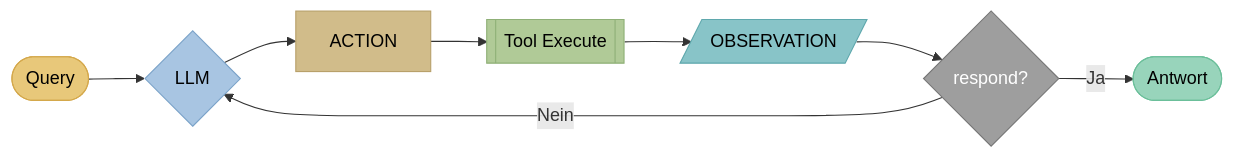
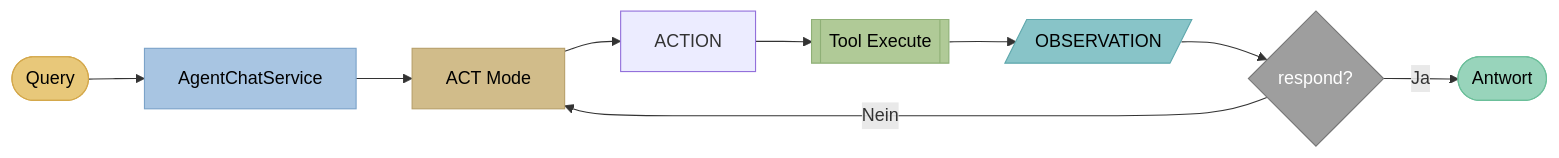
Before and after one commit to th-nuernberg/llars: the first of 2 diagrams in docs/docs/agentic-ai/act.md, drawn with Mermaid. The commit also changed other lines of this file and 72 other files, not shown here.

````diff
--- a/docs/docs/agentic-ai/act.md
+++ b/docs/docs/agentic-ai/act.md
@@ -17,18 +17,19 @@
 ```mermaid
 flowchart LR
-    query([Query]) --> llm{LLM}
-    llm --> action[ACTION]
+    query([Query]) --> service[AgentChatService]
+    service --> act[ACT Mode]
+    act --> action[ACTION]
     action --> tool[[Tool Execute]]
     tool --> obs[/OBSERVATION/]
     obs --> decide{respond?}
-    decide -->|Nein| llm
+    decide -->|Nein| act
     decide -->|Ja| answer([Antwort])
 
     style query fill:#e8c87a,stroke:#d4a84b,color:#000
-    style llm fill:#a8c5e2,stroke:#7ba3c9,color:#000
-    style action fill:#D1BC8A,stroke:#b8a06a,color:#000
+    style service fill:#a8c5e2,stroke:#7ba3c9,color:#000
+    style act fill:#D1BC8A,stroke:#b8a06a,color:#000
     style tool fill:#b0ca97,stroke:#8fb077,color:#000
     style obs fill:#88c4c8,stroke:#5fa8ad,color:#000
     style decide fill:#9e9e9e,stroke:#757575,color:#fff
     style answer fill:#98d4bb,stroke:#6bbf9a,color:#000
 ```
````
